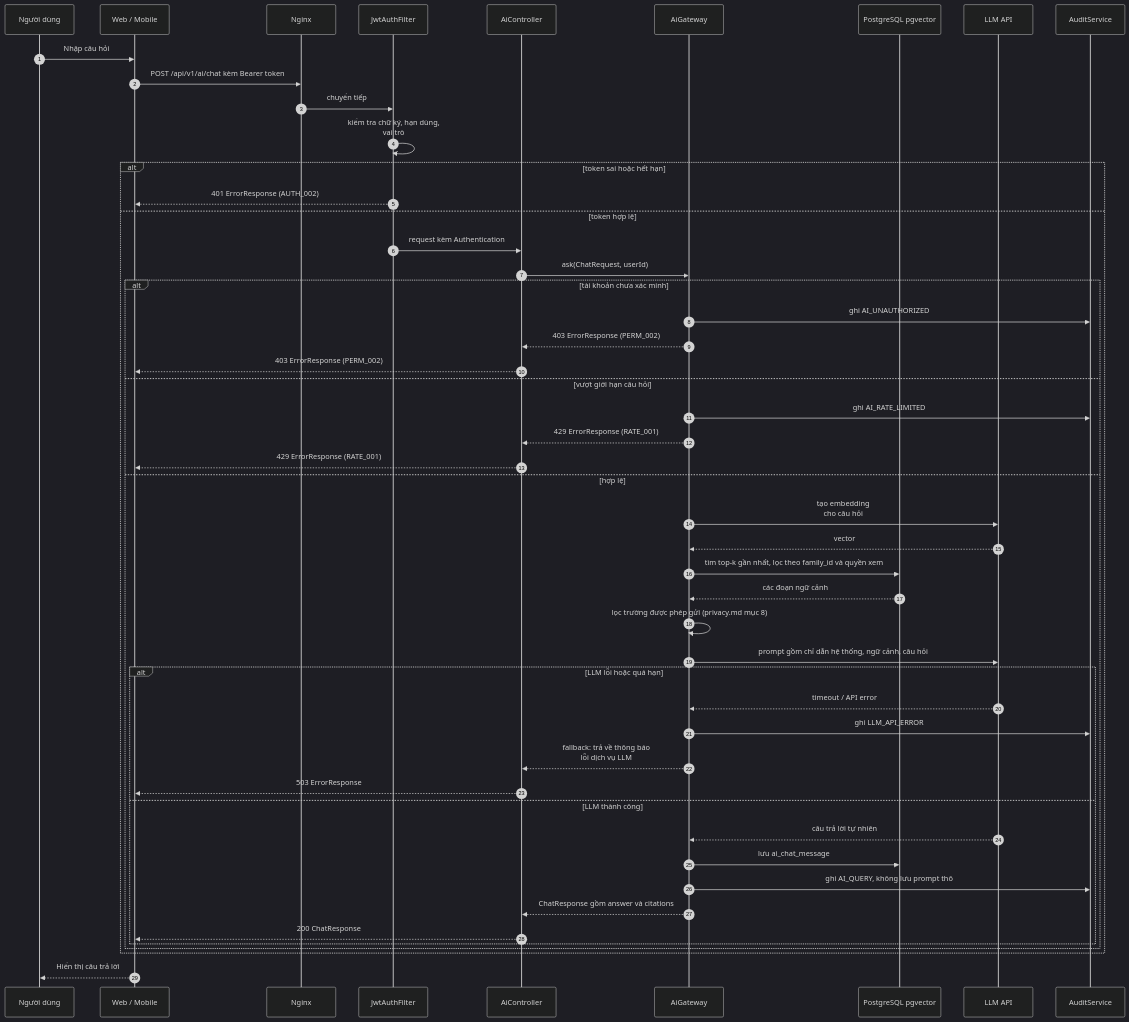
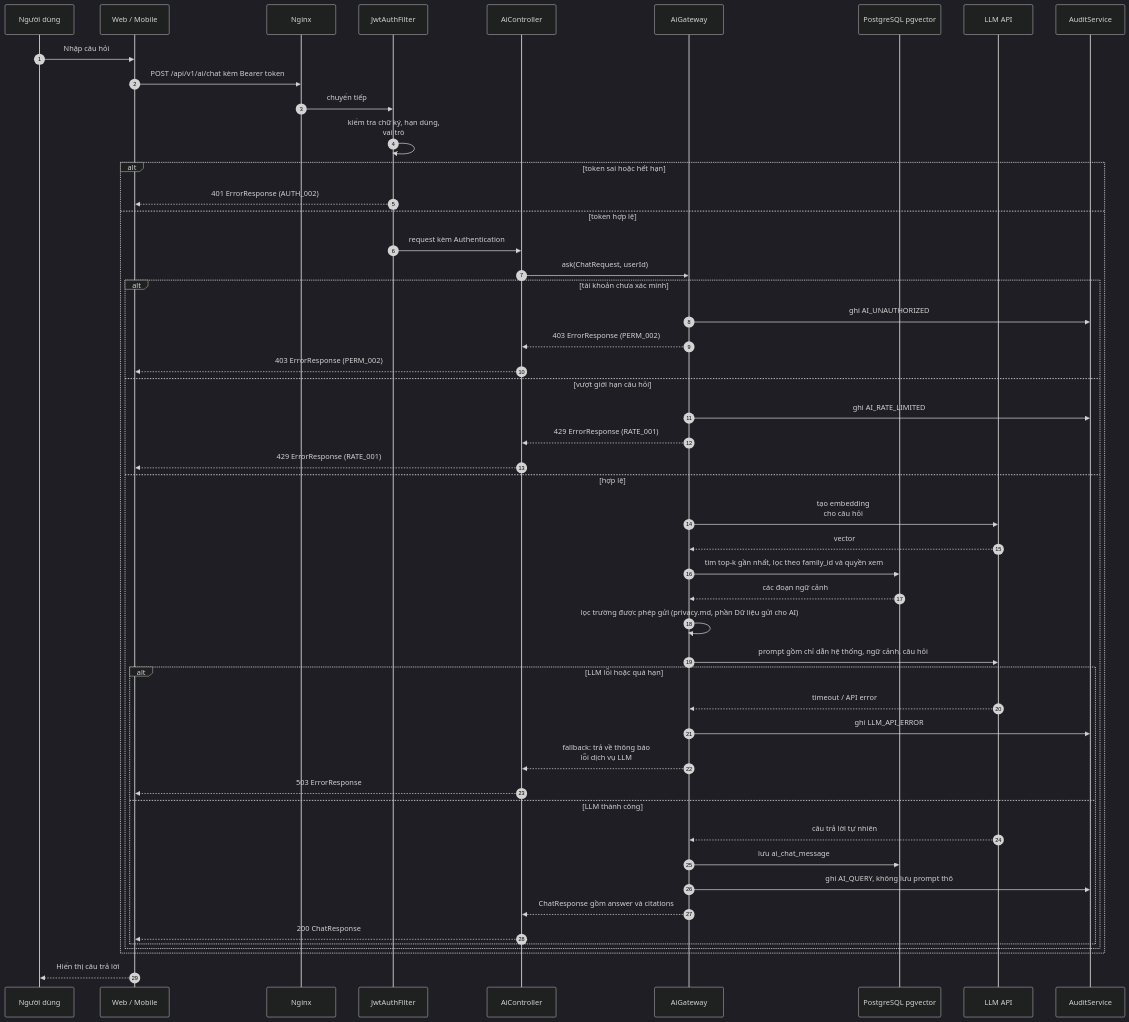
One commit to ngthanhtuann/java changed the fourth of 4 diagrams in docs/02-design/architecture.md. Above: the diagram before and after it, drawn with Mermaid (dark theme). The commit also changed other lines of this file, not shown here.

First line of the commit message:
Revise architecture documentation and diagrams

````diff
--- a/docs/02-design/architecture.md
+++ b/docs/02-design/architecture.md
@@ -160,56 +168,56 @@
 ```mermaid
 sequenceDiagram
     autonumber
     participant U as Người dùng
     participant FE as Web / Mobile
     participant NG as Nginx
     participant JW as JwtAuthFilter
     participant AC as AiController
     participant GW as AiGateway
     participant DB as PostgreSQL pgvector
     participant LL as LLM API
     participant AU as AuditService
 
     U->>FE: Nhập câu hỏi
     FE->>NG: POST /api/v1/ai/chat kèm Bearer token
     NG->>JW: chuyển tiếp
     JW->>JW: kiểm tra chữ ký, hạn dùng,<br/>vai trò
     
     alt token sai hoặc hết hạn
         JW-->>FE: 401 ErrorResponse (AUTH_002)
     else token hợp lệ
         JW->>AC: request kèm Authentication
         AC->>GW: ask(ChatRequest, userId)
         
         alt tài khoản chưa xác minh
             GW->>AU: ghi AI_UNAUTHORIZED
             GW-->>AC: 403 ErrorResponse (PERM_002)
             AC-->>FE: 403 ErrorResponse (PERM_002)
         else vượt giới hạn câu hỏi
             GW->>AU: ghi AI_RATE_LIMITED
             GW-->>AC: 429 ErrorResponse (RATE_001)
             AC-->>FE: 429 ErrorResponse (RATE_001)
         else hợp lệ
             GW->>LL: tạo embedding<br/>cho câu hỏi
             LL-->>GW: vector
             GW->>DB: tìm top-k gần nhất, lọc theo family_id và quyền xem
             DB-->>GW: các đoạn ngữ cảnh
-            GW->>GW: lọc trường được phép gửi (privacy.md mục 8)
+            GW->>GW: lọc trường được phép gửi (privacy.md, phần Dữ liệu gửi cho AI)
             GW->>LL: prompt gồm chỉ dẫn hệ thống, ngữ cảnh, câu hỏi
             
             alt LLM lỗi hoặc quá hạn
                 LL-->>GW: timeout / API error
                 GW->>AU: ghi LLM_API_ERROR
                 GW-->>AC: fallback: trả về thông báo<br/>lỗi dịch vụ LLM
                 AC-->>FE: 503 ErrorResponse
             else LLM thành công
                 LL-->>GW: câu trả lời tự nhiên
                 GW->>DB: lưu ai_chat_message
                 GW->>AU: ghi AI_QUERY, không lưu prompt thô
                 GW-->>AC: ChatResponse gồm answer và citations
                 AC-->>FE: 200 ChatResponse
             end
         end
     end
     FE-->>U: Hiển thị câu trả lời
 ```
````
